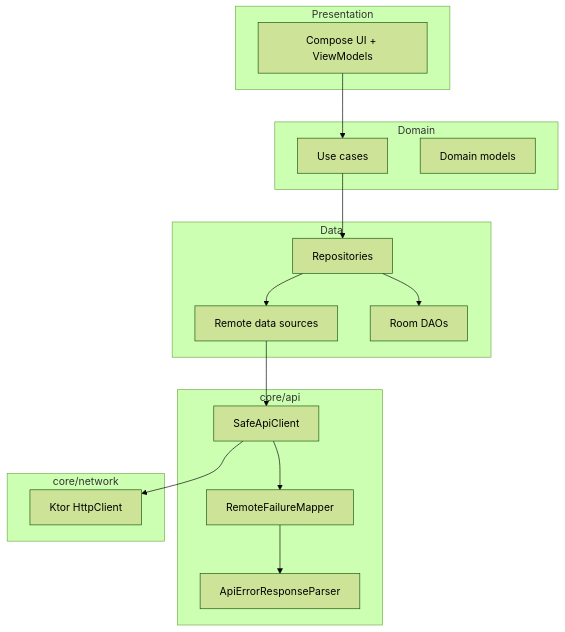
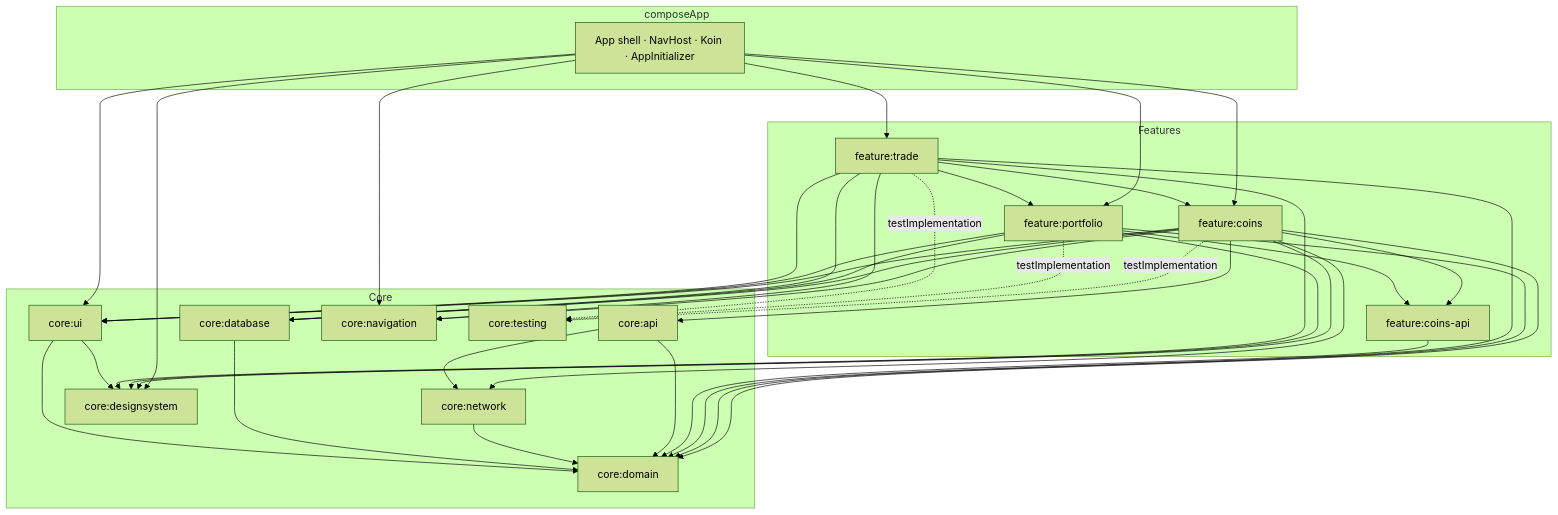
Before and after one commit to parinexus/KMP-CryptoNest: the diagram in README.md, drawn with Mermaid (forest theme). The commit also changed other lines of this file, not shown here.

First line of the commit message:
docs: rewrite README for modular architecture and key flows

````diff
--- a/README.md
+++ b/README.md
@@ -45,32 +61,33 @@
 ```mermaid
 flowchart TB
-    subgraph presentation [Presentation]
-        UI[Compose UI + ViewModels]
+    subgraph app [composeApp]
+        APP["App shell · NavHost · Koin · AppInitializer"]
     end
-    subgraph domain [Domain]
-        UC[Use cases]
-        DM[Domain models]
+    subgraph features [Features]
+        FCA[feature:coins-api]
+        FC[feature:coins]
+        FP[feature:portfolio]
+        FT[feature:trade]
     end
-    subgraph data [Data]
-        REPO[Repositories]
-        RDS[Remote data sources]
-        LDS[Room DAOs]
-    end
-    subgraph core_api [core/api]
-        SAFE[SafeApiClient]
-        MAP[RemoteFailureMapper]
-        PARSER[ApiErrorResponseParser]
-    end
-    subgraph network [core/network]
-        HTTP[Ktor HttpClient]
+    subgraph core [Core]
+        CD[core:domain]
+        CN[core:network]
+        CDB[core:database]
+        CA[core:api]
+        CUI[core:ui]
+        CDS[core:designsystem]
+        CNav[core:navigation]
+        CT[core:testing]
     end
 
-    UI --> UC
-    UC --> REPO
-    REPO --> RDS
-    REPO --> LDS
-    RDS --> SAFE
-    SAFE --> HTTP
-    SAFE --> MAP
-    MAP --> PARSER
+    APP --> FC & FP & FT & CUI & CDS & CNav
+    FC --> FCA & CA & CDB & CN & CD & CUI & CDS & CNav
+    FP --> FCA & CDB & CD & CUI & CDS
+    FT --> FP & FC & CDB & CD & CUI & CDS & CNav
+    FCA --> CD
+    CA --> CN & CD
+    CN --> CD
+    CDB --> CD
+    CUI --> CD & CDS
+    FC & FP & FT -.->|testImplementation| CT
 ```
````
